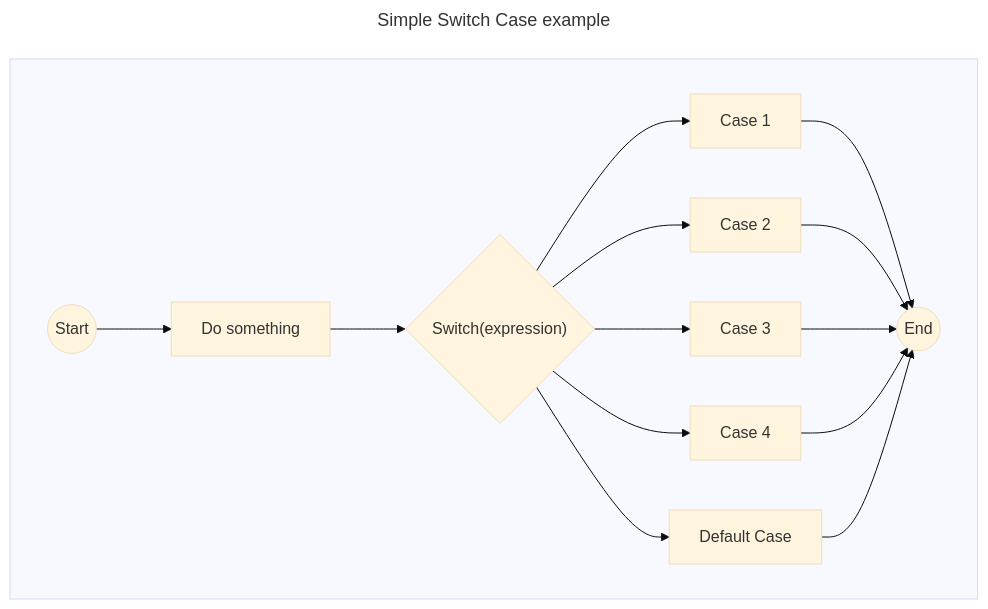
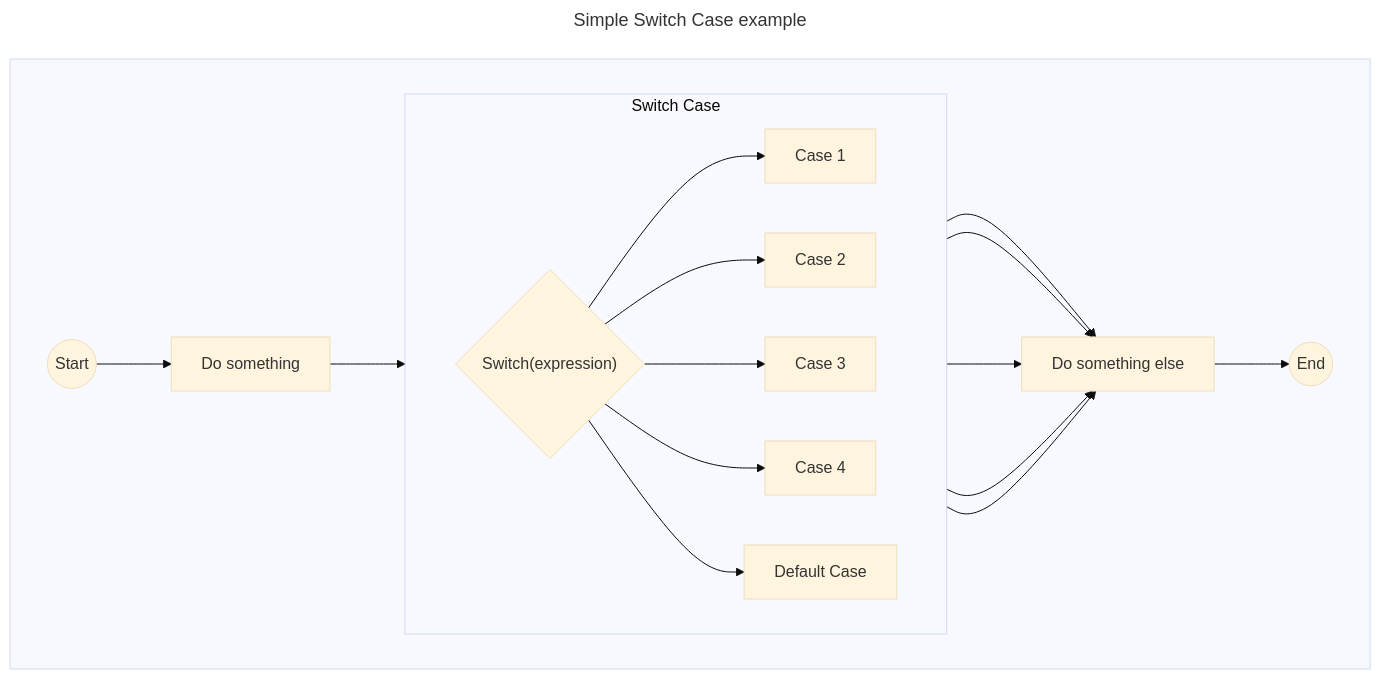
One commit to leonardopangaio/JS4nonDev changed the fourth of 5 diagrams in README.md. Above: the diagram before and after it, drawn with Mermaid (base theme). The commit also changed other lines of this file and 1 other file, not shown here.

````diff
--- a/README.md
+++ b/README.md
@@ -360,16 +383,25 @@
 ```mermaid
 ---
 title: Simple Switch Case example
 ---
 flowchart LR
     subgraph " "
     direction LR
-    ns(("Start"))-->nt1["Do something"]
-    nt1 --> nsc1{"Switch(expression)"}
-    nsc1 --> nc1["Case 1"] --> ne(("End"))
-    nsc1 --> nc2["Case 2"] --> ne(("End"))
-    nsc1 --> nc3["Case 3"] --> ne(("End"))
-    nsc1 --> nc4["Case 4"] --> ne(("End"))
-    nsc1 --> ncd["Default Case"] --> ne(("End"))
+        ns(("Start"))-->nt1["Do something"]
+        nt1 --> nsc1{"Switch(expression)"}
+        subgraph "Switch Case"
+        direction LR
+            nsc1 --> nc1["Case 1"]
+            nsc1 --> nc2["Case 2"]
+            nsc1 --> nc3["Case 3"]
+            nsc1 --> nc4["Case 4"]
+            nsc1 --> ncd["Default Case"]
+        end
+        nc1 --> nt2["Do something else"]
+        nc2 --> nt2["Do something else"]
+        nc3 --> nt2["Do something else"]
+        nc4 --> nt2["Do something else"]
+        ncd --> nt2["Do something else"]
+        nt2 --> ne(("End"))
     end
 ```
````
